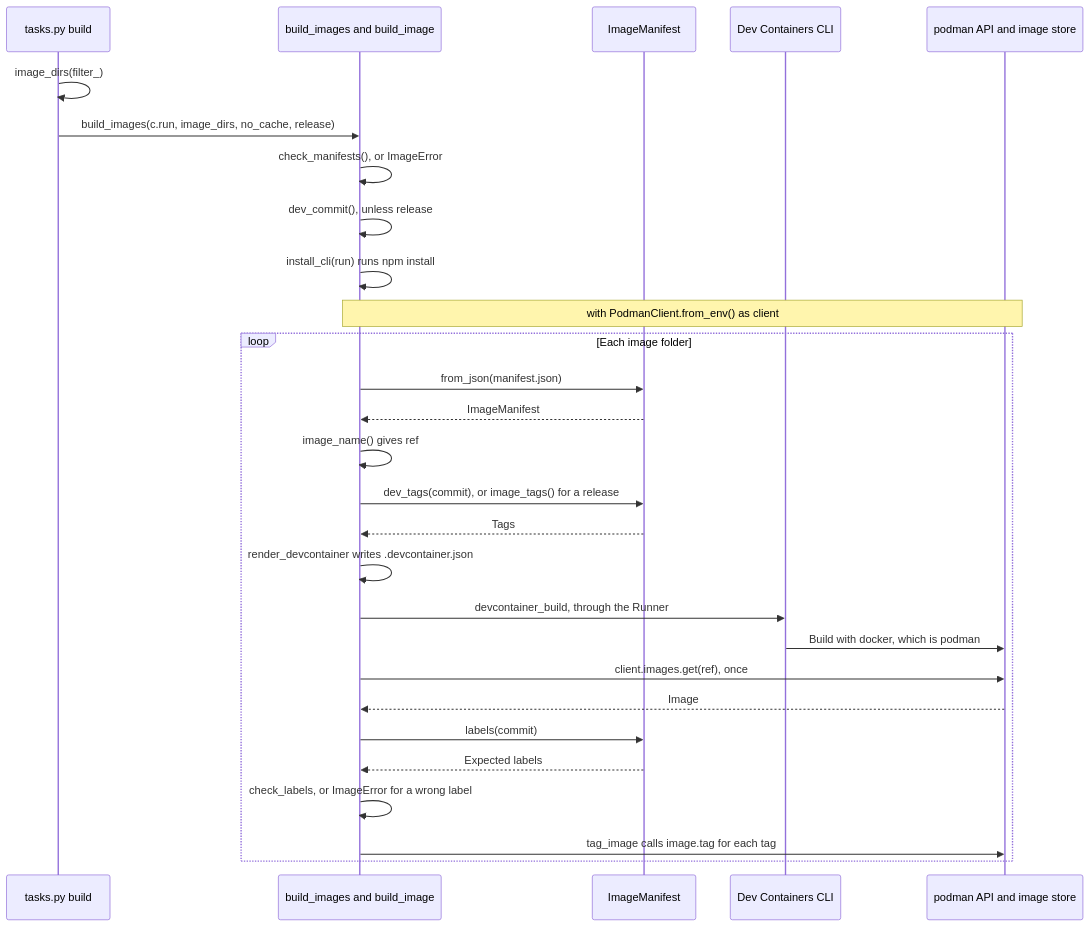
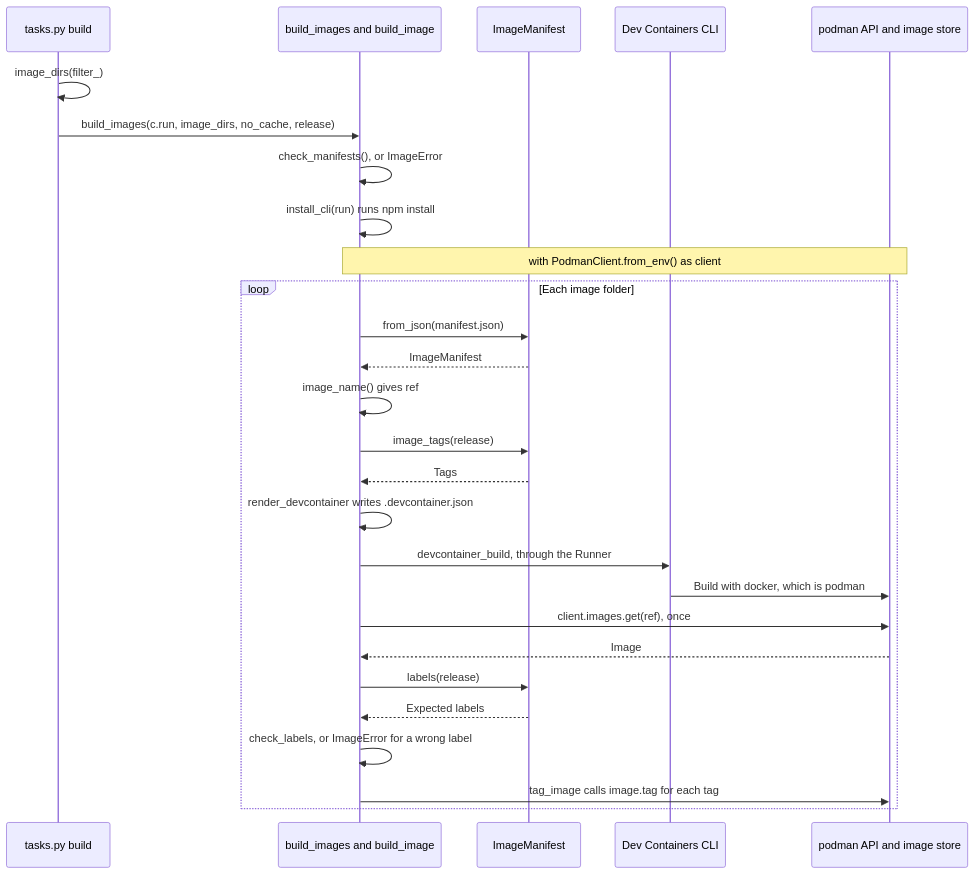
The diagram in docs/images/builds.md (froazin/devcontainers), drawn with Mermaid before and after one commit. The commit also changed other lines of this file and 14 other files, not shown here.

First line of the commit message:
feat(images): Tag builds with a v-prefixed version instead of the commit

````diff
--- a/docs/images/builds.md
+++ b/docs/images/builds.md
@@ -30,32 +30,31 @@
 ```mermaid
 sequenceDiagram
     accTitle: Building and tagging the images
-    accDescr: The build task in tasks.py finds the image folders with image_dirs and calls build_images. build_images first runs check_manifests on every image. Unless it's a release, it reads the commit with dev_commit. It then runs npm install through install_cli and opens one podman client in a with block. For each image folder, build_image loads the manifest and works out the image name and its dev tags or, for a release, its release tags. It renders .devcontainer.json and runs the Dev Containers CLI through the Runner. The CLI builds with docker, which is podman. build_image then gets the built image from podman once, checks its labels against the manifest's and tags it once for each tag.
+    accDescr: The build task in tasks.py finds the image folders with image_dirs and calls build_images. build_images first runs check_manifests on every image. It then runs npm install through install_cli and opens one podman client in a with block. For each image folder, build_image loads the manifest and works out the image name and its tags, which end in -dev for a dev build. It renders .devcontainer.json and runs the Dev Containers CLI through the Runner. The CLI builds with docker, which is podman. build_image then gets the built image from podman once, checks its labels against the manifest's and tags it once for each tag.
     participant task as tasks.py build
     participant build as build_images and build_image
     participant manifest as ImageManifest
     participant cli as Dev Containers CLI
     participant podman as podman API and image store
     task->>task: image_dirs(filter_)
     task->>build: build_images(c.run, image_dirs, no_cache, release)
     build->>build: check_manifests(), or ImageError
-    build->>build: dev_commit(), unless release
     build->>build: install_cli(run) runs npm install
     Note over build,podman: with PodmanClient.from_env() as client
     loop Each image folder
         build->>manifest: from_json(manifest.json)
         manifest-->>build: ImageManifest
         build->>build: image_name() gives ref
-        build->>manifest: dev_tags(commit), or image_tags() for a release
+        build->>manifest: image_tags(release)
         manifest-->>build: Tags
         build->>build: render_devcontainer writes .devcontainer.json
         build->>cli: devcontainer_build, through the Runner
         cli->>podman: Build with docker, which is podman
         build->>podman: client.images.get(ref), once
         podman-->>build: Image
-        build->>manifest: labels(commit)
+        build->>manifest: labels(release)
         manifest-->>build: Expected labels
         build->>build: check_labels, or ImageError for a wrong label
         build->>podman: tag_image calls image.tag for each tag
     end
 ```
````
